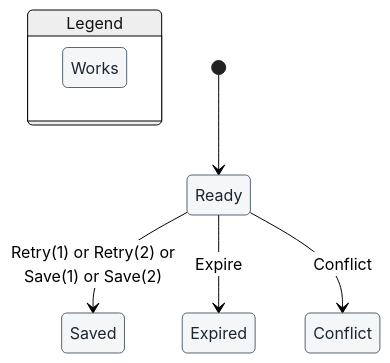
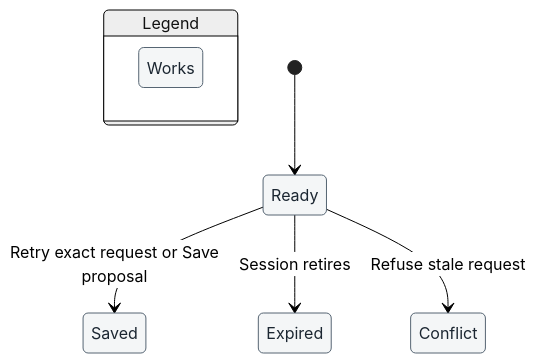
Before and after one commit to DoctorCRE/carr-system: the diagram in workspace/statecharts/wr586-s5-proposals/chart.mmd, drawn with Mermaid (neutral theme). The commit also changed 7 other files, not shown here.

```diff
--- a/workspace/statecharts/wr586-s5-proposals/chart.mmd
+++ b/workspace/statecharts/wr586-s5-proposals/chart.mmd
@@ -1,29 +1,29 @@
 ---
 config:
   markdownAutoWrap: false
   state:
     useMaxWidth: false
 ---
 stateDiagram-v2
   classDef works fill:#f4f6f7,stroke:#566573,color:#1b2631
   classDef wrong fill:#fdedec,stroke:#c0392b,color:#7b241c
   classDef fixed fill:#e9f7ef,stroke:#1e8449,color:#145a32
   classDef worksPath fill:#f4f6f7,stroke:#1f3a93,stroke-width:4px,color:#1b2631
   classDef wrongPath fill:#fdedec,stroke:#1f3a93,stroke-width:4px,color:#7b241c
   classDef fixedPath fill:#e9f7ef,stroke:#1f3a93,stroke-width:4px,color:#145a32
   state "Legend" as legend {
     state "Works" as legendWorks
   }
   class legendWorks works
   state "Conflict" as s0
   state "Expired" as s1
   state "Ready" as s2
   state "Saved" as s3
   [*] --> s2
-  s2 --> s3 : Retry(1) or Retry(2) or<br/>Save(1) or Save(2)
-  s2 --> s1 : Expire
-  s2 --> s0 : Conflict
+  s2 --> s3 : Retry exact request or Save<br/>proposal
+  s2 --> s1 : Session retires
+  s2 --> s0 : Refuse stale request
   class s0 works
   class s1 works
   class s2 works
   class s3 works
```
